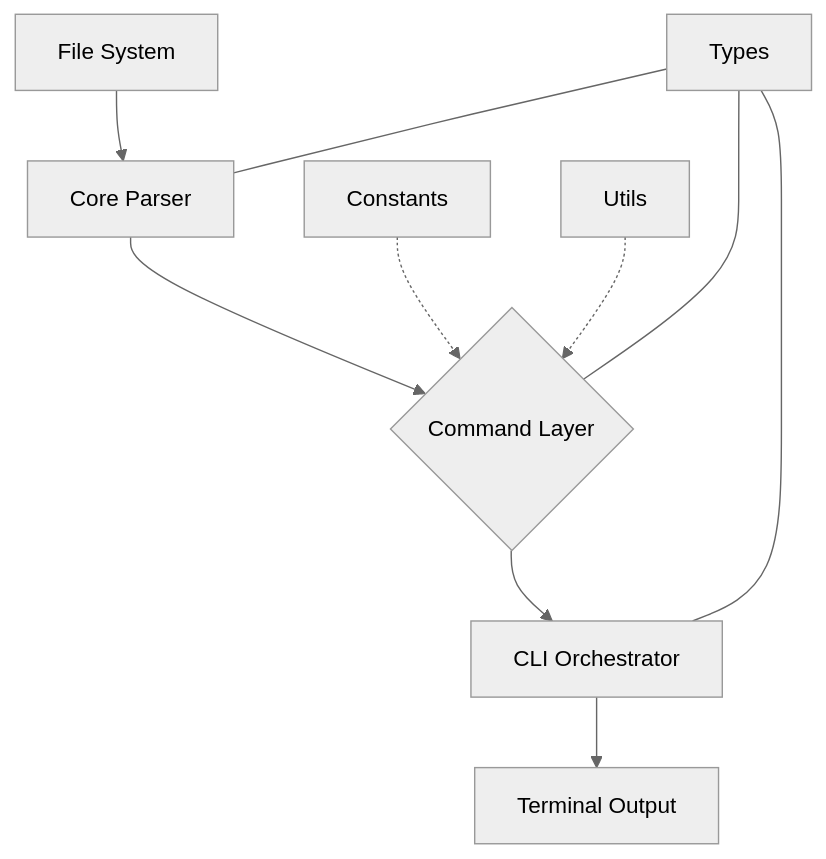
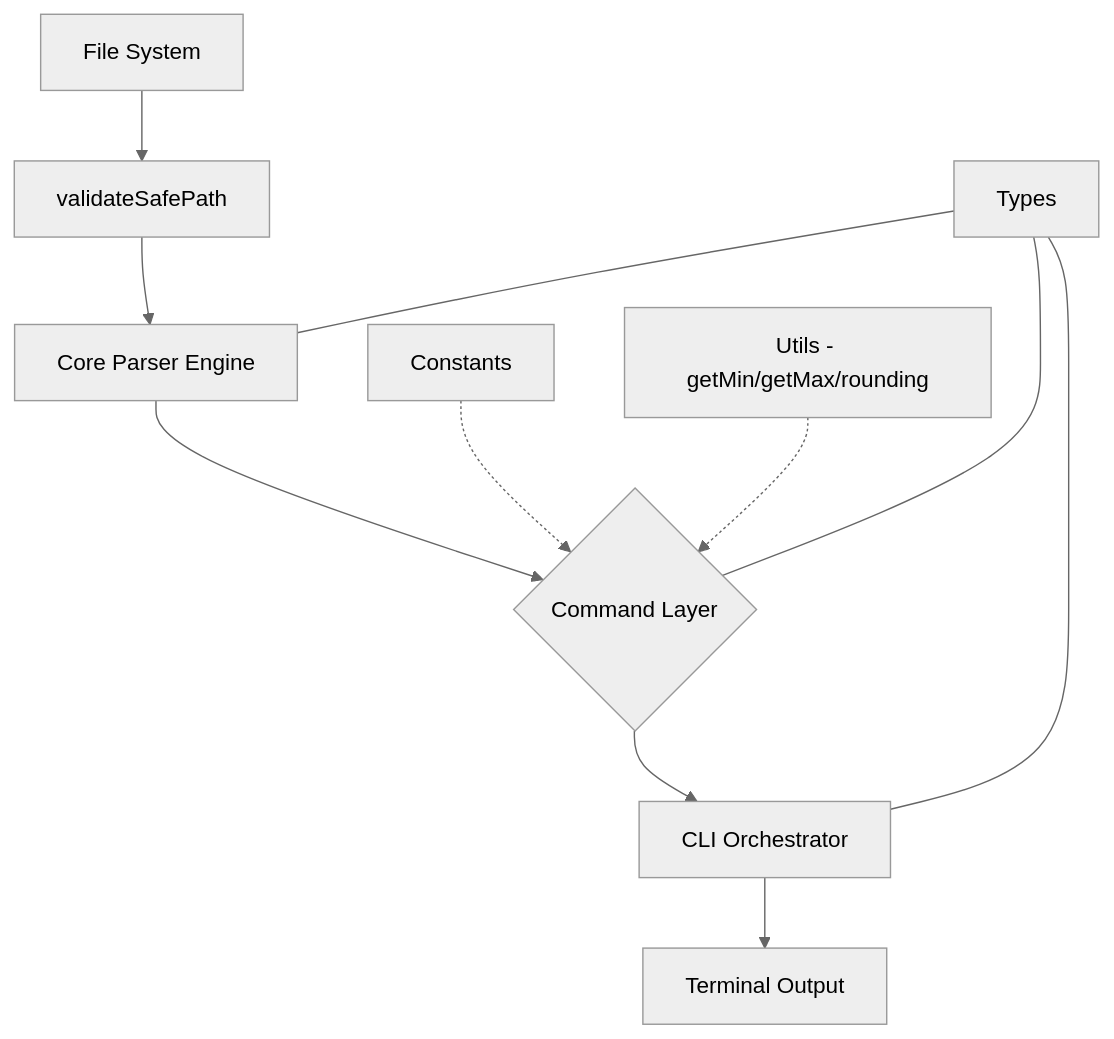
The diagram in docs/src-reference.md (LuiccianDev/drillhole-cli), drawn with Mermaid (neutral theme) before and after one commit. The commit also changed other lines of this file, not shown here.

Commit message:
docs: create technical reference documentation for project architecture and internals

````diff
--- a/docs/src-reference.md
+++ b/docs/src-reference.md
@@ -116,12 +124,13 @@
 ```mermaid
 graph TD
-    A[File System] --> B[Core Parser]
-    B --> C{Command Layer}
-    D[Constants] -.-> C
-    E[Utils] -.-> C
-    C --> F[CLI Orchestrator]
-    F --> G[Terminal Output]
-    H[Types] --- B
-    H --- C
-    H --- F
+    A[File System] --> B[validateSafePath]
+    B --> C[Core Parser Engine]
+    C --> D{Command Layer}
+    E[Constants] -.-> D
+    F[Utils - getMin/getMax/rounding] -.-> D
+    D --> G[CLI Orchestrator]
+    G --> H[Terminal Output]
+    I[Types] --- C
+    I --- D
+    I --- G
 ```
````
